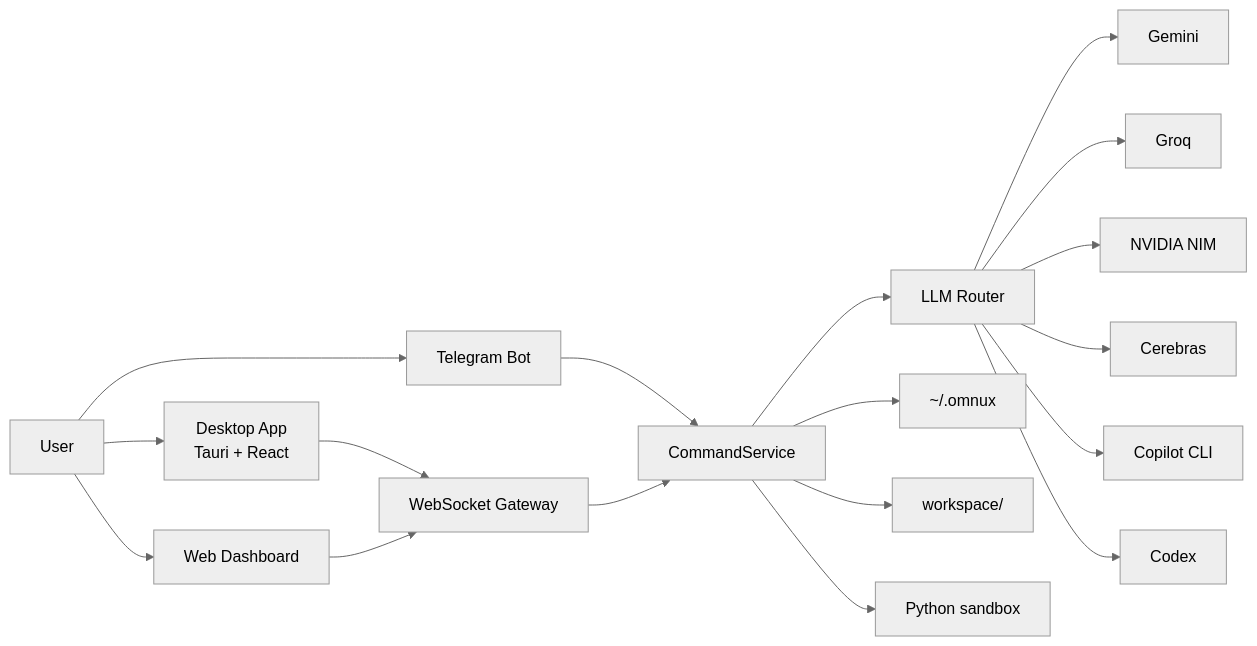
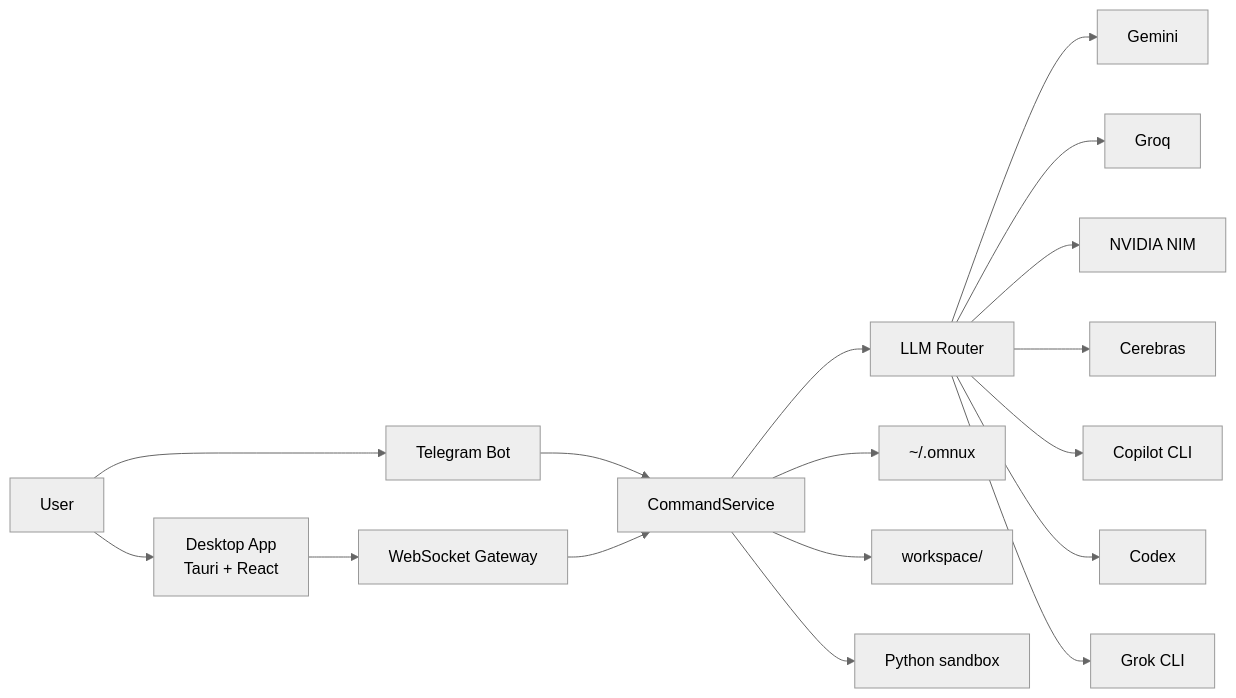
Before and after one commit to habinsong/omnux: the diagram in docs/en/architecture.md, drawn with Mermaid (neutral theme). The commit also changed other lines of this file and 22 other files, not shown here.

````diff
--- a/docs/en/architecture.md
+++ b/docs/en/architecture.md
@@ -9,20 +9,19 @@
 ```mermaid
 flowchart LR
   User[User] --> Desktop[Desktop App<br/>Tauri + React]
-  User --> Dashboard[Web Dashboard]
   User --> Telegram[Telegram Bot]
   Desktop --> WS[WebSocket Gateway]
-  Dashboard --> WS
   Telegram --> Command[CommandService]
   WS --> Command
   Command --> Router[LLM Router]
   Router --> Gemini[Gemini]
   Router --> Groq[Groq]
   Router --> Nvidia[NVIDIA NIM]
   Router --> Cerebras[Cerebras]
   Router --> Copilot[Copilot CLI]
   Router --> Codex[Codex]
+  Router --> Grok[Grok CLI]
   Command --> State[~/.omnux]
   Command --> Workspace[workspace/]
   Command --> Sandbox[Python sandbox]
 ```
````
